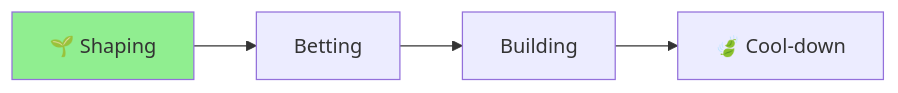
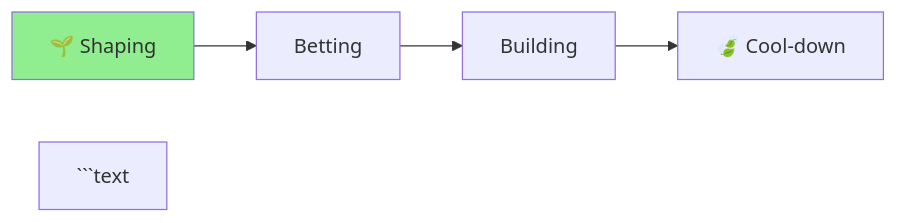
Before and after one commit to RickCogley/aichaku: the diagram in docs/projects/active/active-2025-07-15-yaml-integration-redesign/STATUS.md, drawn with Mermaid. The commit also changed other lines of this file and 394 other files, not shown here.

`````diff
--- a/docs/projects/active/active-2025-07-15-yaml-integration-redesign/STATUS.md
+++ b/docs/projects/active/active-2025-07-15-yaml-integration-redesign/STATUS.md
@@ -85,7 +104,8 @@
-```mermaid
+````mermaid
 graph LR
     A[🌱 Shaping] --> B[Betting]
     B --> C[Building]
     C --> D[🍃 Cool-down]
     style A fill:#90EE90
-```
+```text
+````
`````
